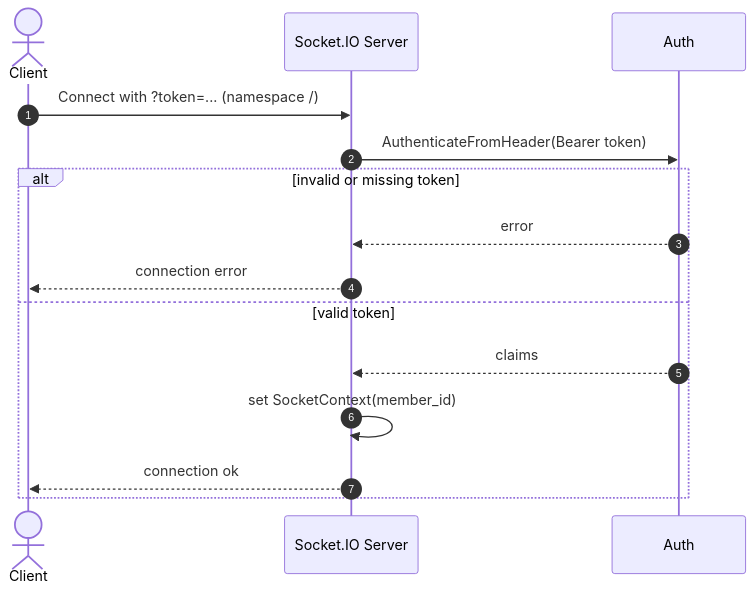
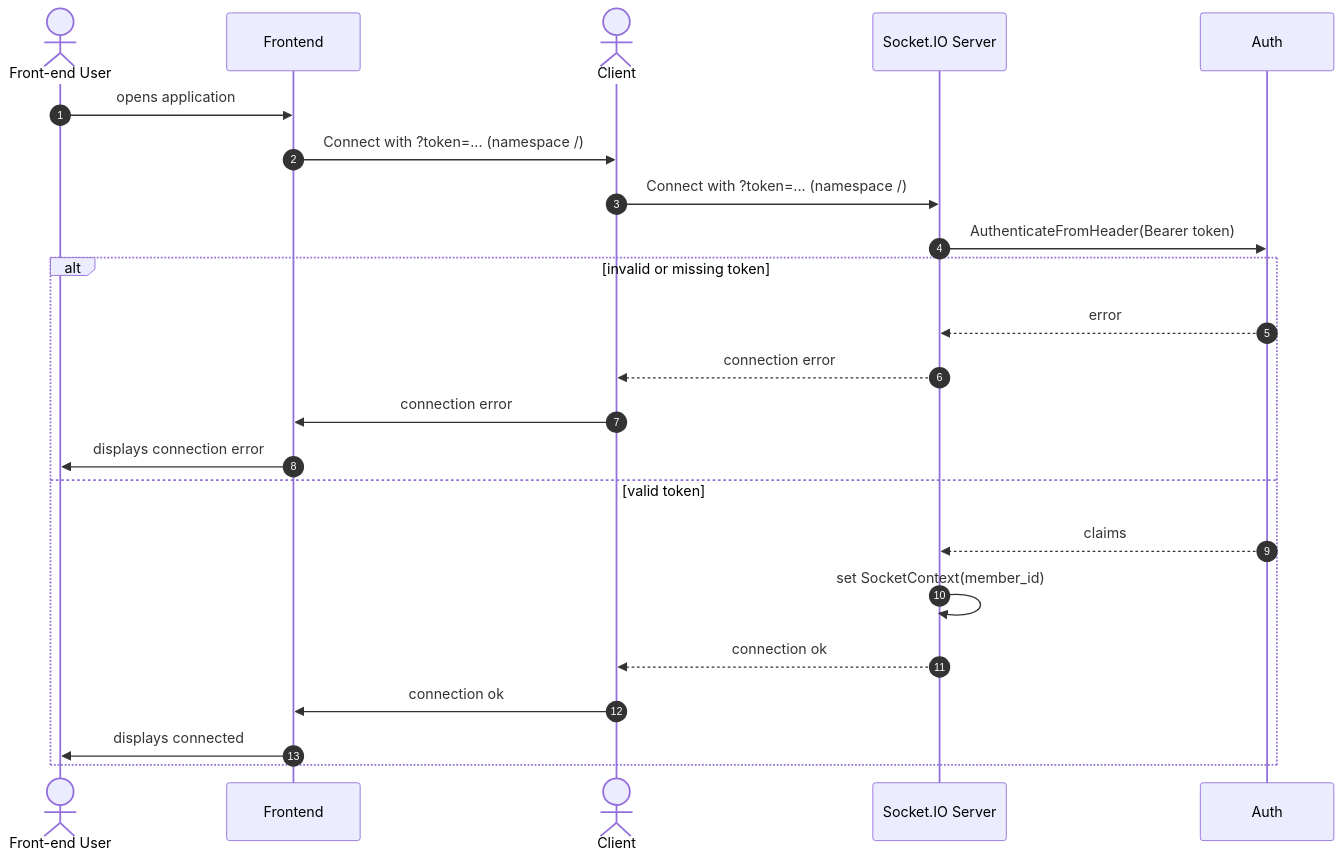
The diagram in diagram/socket_connect.mmd (kritpi/499-senior-project-trip-service), drawn with Mermaid before and after one commit. The commit also changed 16 other files, not shown here.

Commit message:
docs: update sequence diagrams with frontend interactions (commit with Antigravity)

```diff
--- a/diagram/socket_connect.mmd
+++ b/diagram/socket_connect.mmd
@@ -1,16 +1,24 @@
 sequenceDiagram
     autonumber
+    actor User as Front-end User
+    participant Frontend
     actor Client
     participant SocketServer as Socket.IO Server
     participant Auth as Auth
 
+    User->>Frontend: opens application
+    Frontend->>Client: Connect with ?token=... (namespace /)
     Client->>SocketServer: Connect with ?token=... (namespace /)
     SocketServer->>Auth: AuthenticateFromHeader(Bearer token)
     alt invalid or missing token
         Auth-->>SocketServer: error
         SocketServer-->>Client: connection error
+        Client->>Frontend: connection error
+        Frontend->>User: displays connection error
     else valid token
         Auth-->>SocketServer: claims
         SocketServer->>SocketServer: set SocketContext(member_id)
         SocketServer-->>Client: connection ok
+        Client->>Frontend: connection ok
+        Frontend->>User: displays connected
     end
```
